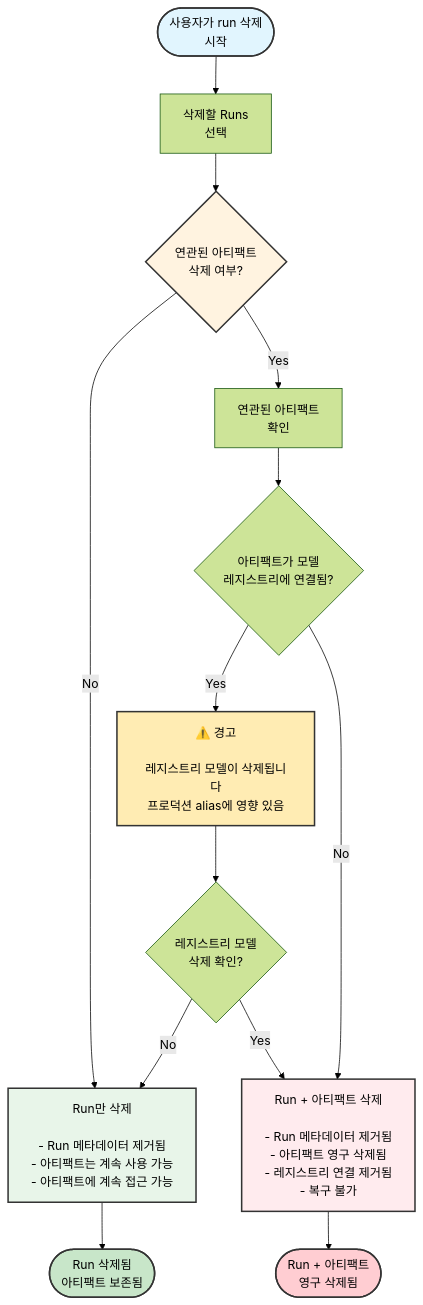
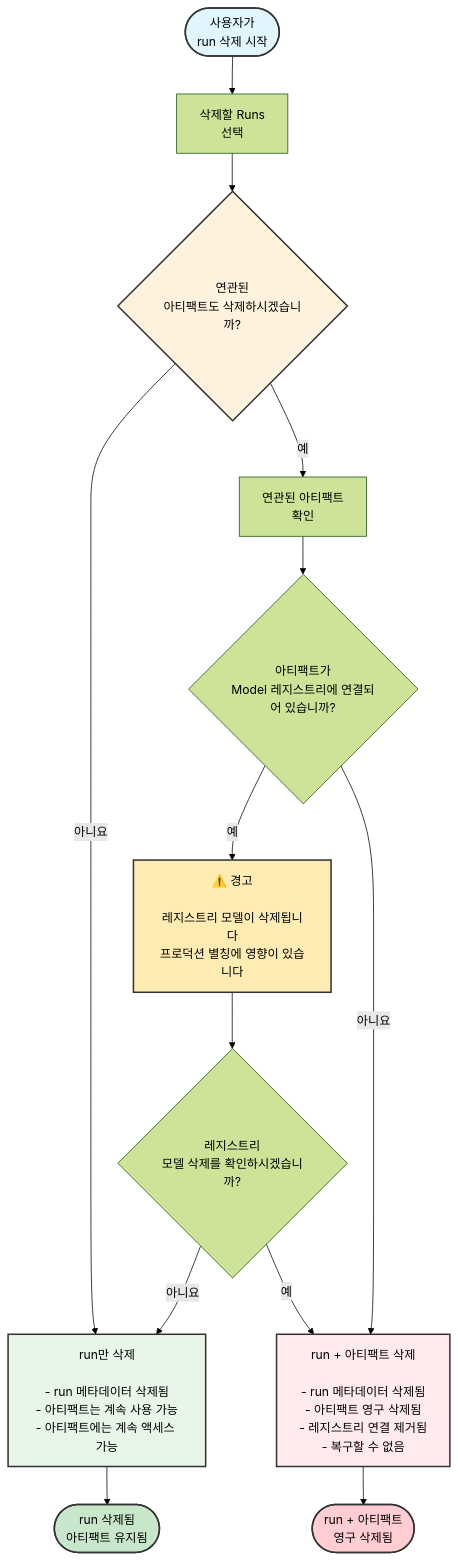
One commit to wandb/docs changed the diagram in ko/models/runs/delete-runs.mdx. Above: the diagram before and after it, drawn with Mermaid (forest theme). The commit also changed other lines of this file and 15 other files, not shown here.

````diff
--- a/ko/models/runs/delete-runs.mdx
+++ b/ko/models/runs/delete-runs.mdx
@@ -57,31 +57,22 @@
 ```mermaid
 graph TB
-    Start([사용자가 run 삭제<br/>시작]) --> RunSelect[삭제할 Runs<br/>선택]
-    
-    RunSelect --> DeletePrompt{연관된 아티팩트<br/>삭제 여부?}
-    
-    DeletePrompt -->|No| DeleteRunOnly[Run만 삭제<br/><br/>- Run 메타데이터 제거됨<br/>- 아티팩트는 계속 사용 가능<br/>- 아티팩트에 계속 접근 가능]
-    
-    DeletePrompt -->|Yes| CheckArtifacts[연관된 아티팩트<br/>확인]
-    
-    CheckArtifacts --> HasRegistry{아티팩트가 모델<br/>레지스트리에 연결됨?}
-    
-    HasRegistry -->|Yes| RegistryWarning[⚠️ 경고<br/><br/>레지스트리 모델이 삭제됩니다<br/>프로덕션 alias에 영향 있음]
-    HasRegistry -->|No| DirectDelete
-    
-    RegistryWarning --> ConfirmRegistry{레지스트리 모델<br/>삭제 확인?}
-    
-    ConfirmRegistry -->|No| DeleteRunOnly
-    ConfirmRegistry -->|Yes| DirectDelete[Run + 아티팩트 삭제<br/><br/>- Run 메타데이터 제거됨<br/>- 아티팩트 영구 삭제됨<br/>- 레지스트리 연결 제거됨<br/>- 복구 불가]
-    
-    DeleteRunOnly --> PartialEnd([Run 삭제됨<br/>아티팩트 보존됨])
-    DirectDelete --> FullEnd([Run + 아티팩트<br/>영구 삭제됨])
-    
+    Start([사용자가<br/>run 삭제 시작]) --> RunSelect[삭제할 Runs<br/>선택]
+    RunSelect --> DeletePrompt{연관된<br/>아티팩트도 삭제하시겠습니까?}
+    DeletePrompt -->|아니요| DeleteRunOnly[run만 삭제<br/><br/>- run 메타데이터 삭제됨<br/>- 아티팩트는 계속 사용 가능<br/>- 아티팩트에는 계속 액세스 가능]
+    DeletePrompt -->|예| CheckArtifacts[연관된 아티팩트<br/>확인]
+    CheckArtifacts --> HasRegistry{아티팩트가<br/>Model 레지스트리에 연결되어 있습니까?}
+    HasRegistry -->|예| RegistryWarning[⚠️ 경고<br/><br/>레지스트리 모델이 삭제됩니다<br/>프로덕션 별칭에 영향이 있습니다]
+    HasRegistry -->|아니요| DirectDelete
+    RegistryWarning --> ConfirmRegistry{레지스트리<br/>모델 삭제를 확인하시겠습니까?}
+    ConfirmRegistry -->|아니요| DeleteRunOnly
+    ConfirmRegistry -->|예| DirectDelete[run + 아티팩트 삭제<br/><br/>- run 메타데이터 삭제됨<br/>- 아티팩트 영구 삭제됨<br/>- 레지스트리 연결 제거됨<br/>- 복구할 수 없음]
+    DeleteRunOnly --> PartialEnd([run 삭제됨<br/>아티팩트 유지됨])
+    DirectDelete --> FullEnd([run + 아티팩트<br/>영구 삭제됨])
     style Start fill:#e1f5fe,stroke:#333,stroke-width:2px,color:#000
     style DeletePrompt fill:#fff3e0,stroke:#333,stroke-width:2px,color:#000
     style RegistryWarning fill:#ffecb3,stroke:#333,stroke-width:2px,color:#000
     style DirectDelete fill:#ffebee,stroke:#333,stroke-width:2px,color:#000
     style DeleteRunOnly fill:#e8f5e9,stroke:#333,stroke-width:2px,color:#000
     style PartialEnd fill:#c8e6c9,stroke:#333,stroke-width:2px,color:#000
     style FullEnd fill:#ffcdd2,stroke:#333,stroke-width:2px,color:#000
 ```
````
